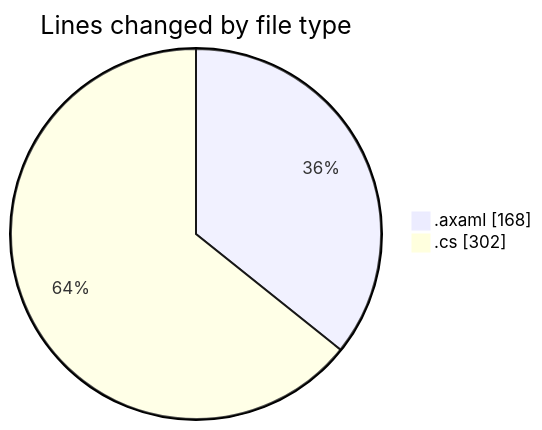
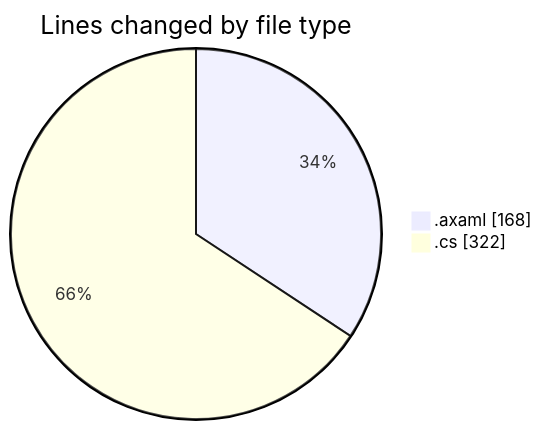
The first of 2 diagrams in 2025-10-30/skintrack/README.md (Netris89/code-tracking), drawn with Mermaid before and after one commit. The commit also changed other lines of this file and 1 other file, not shown here.

````diff
--- a/2025-10-30/skintrack/README.md
+++ b/2025-10-30/skintrack/README.md
@@ -27,6 +27,6 @@
 ```mermaid
 pie showData
 title Lines changed by file type
 ".axaml" : 168
-".cs" : 302
+".cs" : 322
 ```
````
